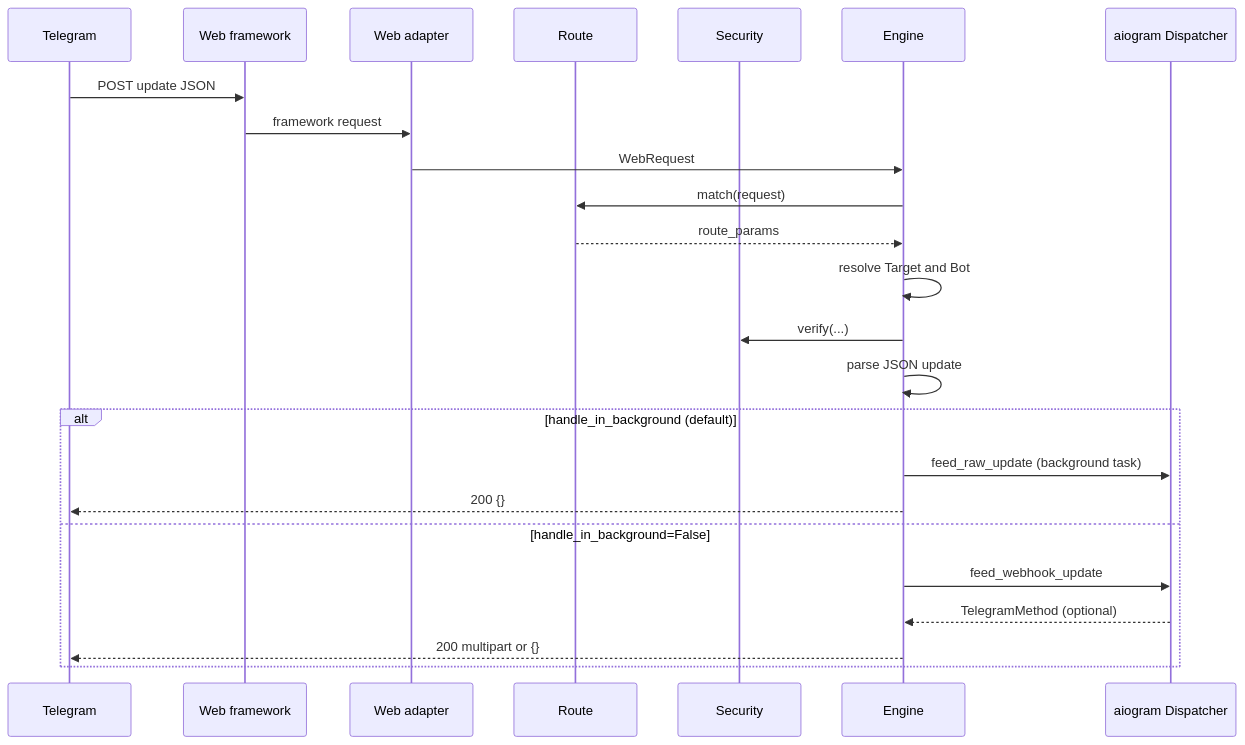
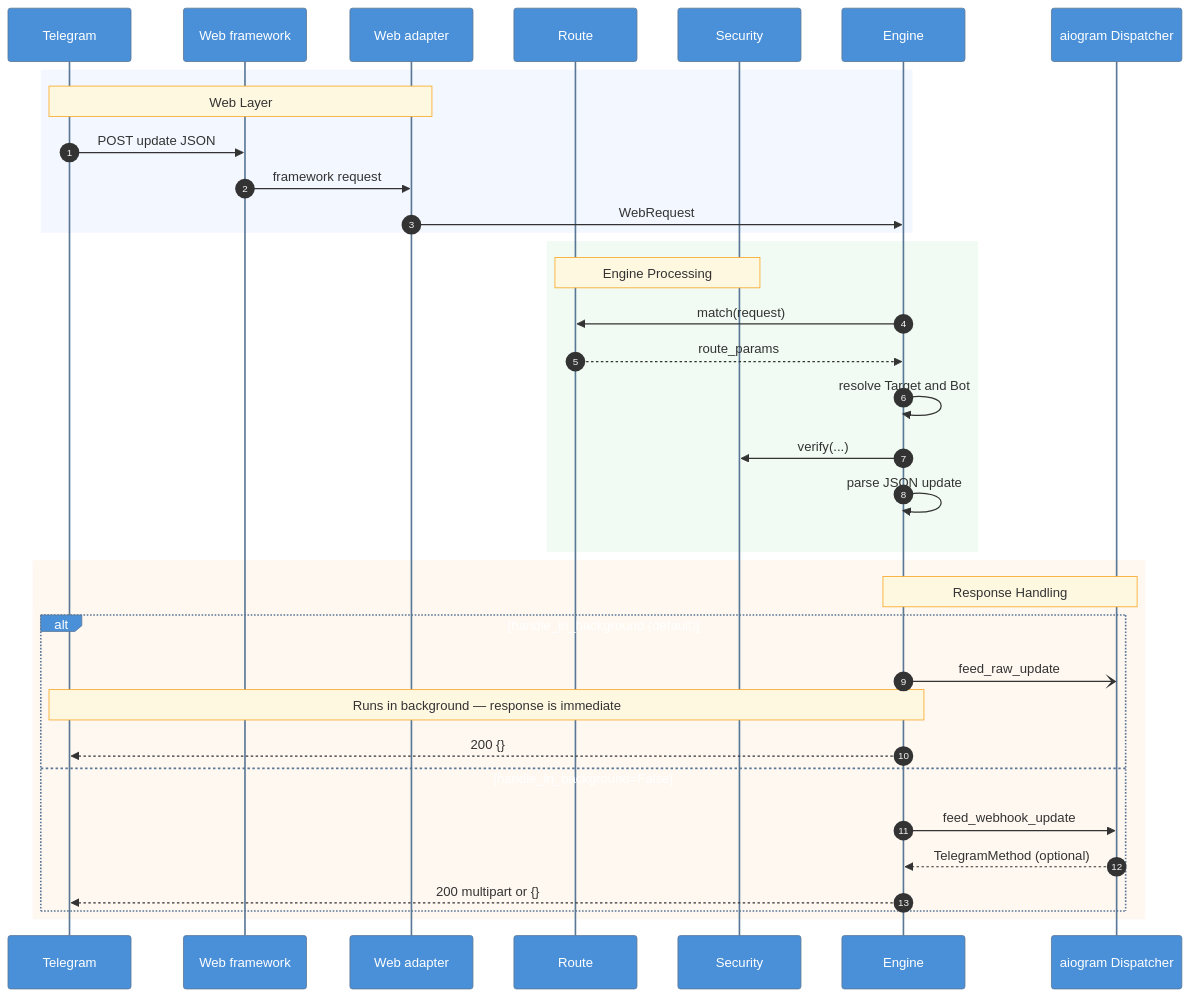
The diagram in docs/_includes/request-flow.md (m-xim/aiogram-webhook), drawn with Mermaid before and after one commit.

Commit message:
feat(docs): update mermaid

````diff
--- a/docs/_includes/request-flow.md
+++ b/docs/_includes/request-flow.md
@@ -1,27 +1,53 @@
 ```mermaid
+%%{
+  init: {
+    'theme': 'base',
+    'themeVariables': {
+      'primaryColor': '#4A90D9',
+      'secondaryColor': '#E8F0FE',
+      'noteBkgColor': '#FFF8E1',
+      'noteBorderColor': '#F9A825',
+      'activationBkgColor': '#D6E8FF',
+      'actorTextColor': '#ffffff'
+    }
+  }
+}%%
 sequenceDiagram
+    autonumber
     participant TG as Telegram
     participant FW as Web framework
     participant AD as Web adapter
     participant RT as Route
     participant SEC as Security
     participant EN as Engine
     participant DP as aiogram Dispatcher
 
-    TG->>FW: POST update JSON
-    FW->>AD: framework request
-    AD->>EN: WebRequest
-    EN->>RT: match(request)
-    RT-->>EN: route_params
-    EN->>EN: resolve Target and Bot
-    EN->>SEC: verify(...)
-    EN->>EN: parse JSON update
-    alt handle_in_background (default)
-        EN->>DP: feed_raw_update (background task)
-        EN-->>TG: 200 {}
-    else handle_in_background=False
-        EN->>DP: feed_webhook_update
-        DP-->>EN: TelegramMethod (optional)
-        EN-->>TG: 200 multipart or {}
+    rect rgba(100, 150, 255, 0.08)
+        note over TG,AD: Web Layer
+        TG->>FW: POST update JSON
+        FW->>AD: framework request
+        AD->>EN: WebRequest
+    end
+
+    rect rgba(80, 200, 120, 0.08)
+        note over RT,SEC: Engine Processing
+        EN->>RT: match(request)
+        RT-->>EN: route_params
+        EN->>EN: resolve Target and Bot
+        EN->>SEC: verify(...)
+        EN->>EN: parse JSON update
+    end
+
+    rect rgba(255, 160, 80, 0.08)
+        note over EN,DP: Response Handling
+        alt handle_in_background (default)
+            EN-)DP: feed_raw_update
+            Note over EN,TG: Runs in background — response is immediate
+            EN-->>TG: 200 {}
+        else handle_in_background=False
+            EN->>DP: feed_webhook_update
+            DP-->>EN: TelegramMethod (optional)
+            EN-->>TG: 200 multipart or {}
+        end
     end
 ```
````
